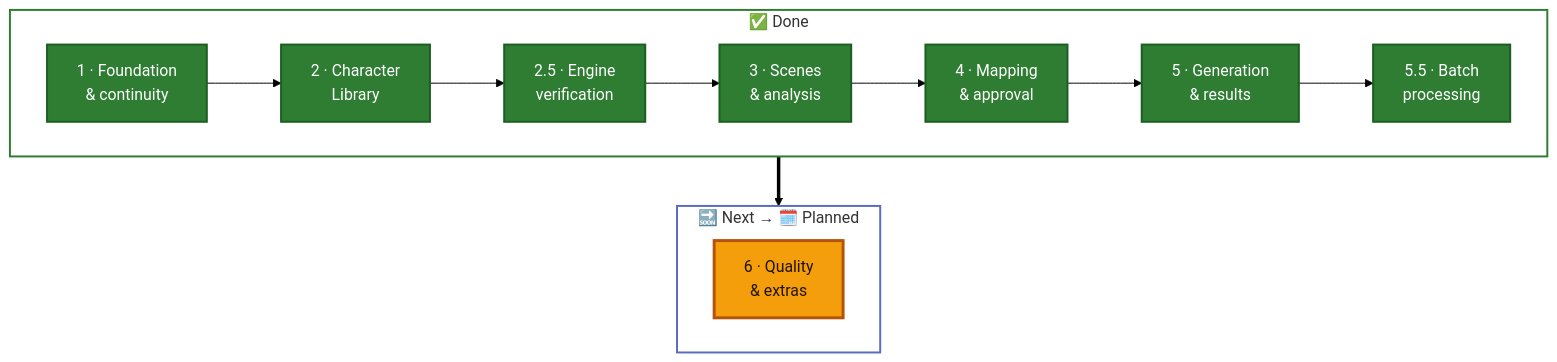
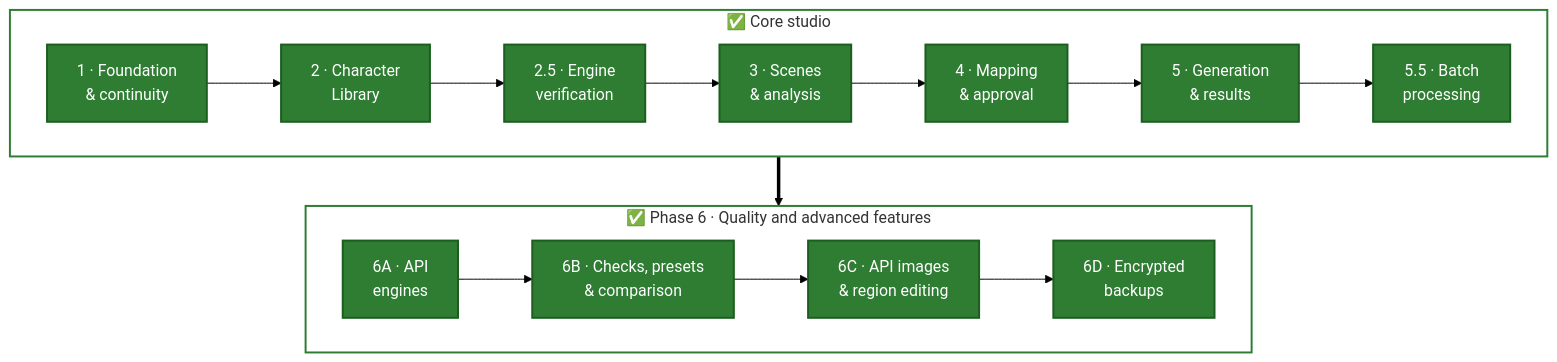
The third of 3 diagrams in README.md (CyberSecurityChuck/Character-Studio), drawn with Mermaid (forest theme) before and after one commit. The commit also changed other lines of this file and 10 other files, not shown here.

````diff
--- a/README.md
+++ b/README.md
@@ -190,19 +213,19 @@
 ```mermaid
 flowchart TB
-    subgraph NOW["✅ Done"]
+    subgraph CORE["✅ Core studio"]
         direction LR
         P1["1 · Foundation<br/>& continuity"]:::done --> P2["2 · Character<br/>Library"]:::done --> P25["2.5 · Engine<br/>verification"]:::done --> P3["3 · Scenes<br/>& analysis"]:::done --> P4["4 · Mapping<br/>& approval"]:::done --> P5["5 · Generation<br/>& results"]:::done --> P55["5.5 · Batch<br/>processing"]:::done
     end
-    subgraph LATER["🔜 Next → 🗓️ Planned"]
+    subgraph SIX["✅ Phase 6 · Quality and advanced features"]
         direction LR
-        P6["6 · Quality<br/>& extras"]:::next
+        P6A["6A · API<br/>engines"]:::done --> P6B["6B · Checks, presets<br/>& comparison"]:::done --> P6C["6C · API images<br/>& region editing"]:::done --> P6D["6D · Encrypted<br/>backups"]:::done
     end
-    NOW ==> LATER
-    style NOW fill:transparent,stroke:#2E7D32,stroke-width:2px
-    style LATER fill:transparent,stroke:#5C6BC0,stroke-width:2px
+    CORE ==> SIX
+    style CORE fill:transparent,stroke:#2E7D32,stroke-width:2px
+    style SIX fill:transparent,stroke:#2E7D32,stroke-width:2px
 
     classDef done fill:#2E7D32,stroke:#1B5E20,color:#ffffff,stroke-width:2px
     classDef next fill:#F59E0B,stroke:#B45309,color:#1F1300,stroke-width:3px
     classDef planned fill:#5C6BC0,stroke:#3949AB,color:#ffffff,stroke-width:2px
     classDef later fill:#94A3B8,stroke:#475569,color:#0F172A,stroke-width:2px
 ```
````
